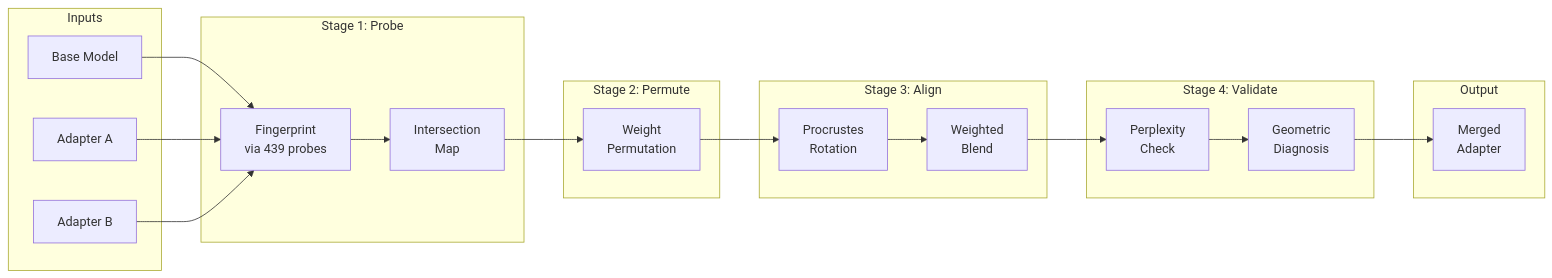
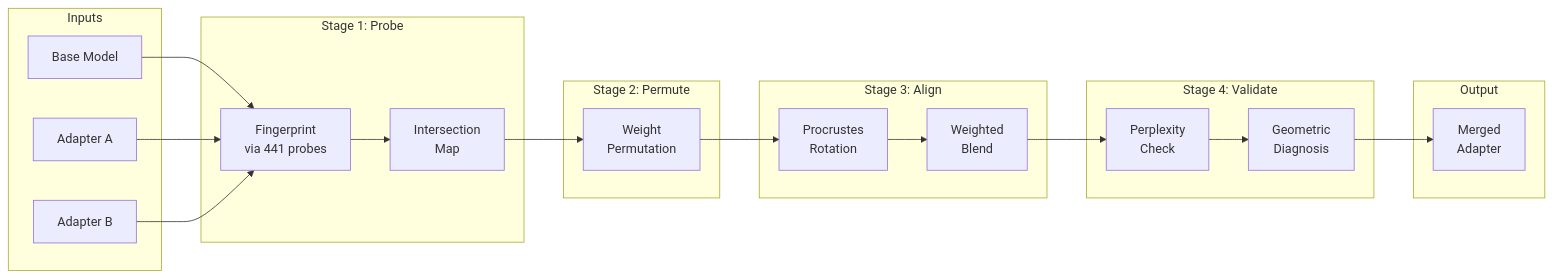
One commit to Ethyros-AI/ModelCypher changed the fourth of 4 diagrams in docs/ARCHITECTURE.md. Above: the diagram before and after it, drawn with Mermaid. The commit also changed other lines of this file and 19 other files, not shown here.

````diff
--- a/docs/ARCHITECTURE.md
+++ b/docs/ARCHITECTURE.md
@@ -209,43 +209,43 @@
 ```mermaid
 flowchart LR
     subgraph INPUT["Inputs"]
         BASE["Base Model"]
         ADP1["Adapter A"]
         ADP2["Adapter B"]
     end
 
     subgraph STAGE1["Stage 1: Probe"]
-        FP["Fingerprint<br/>via 439 probes"]
+        FP["Fingerprint<br/>via 441 probes"]
         IM["Intersection<br/>Map"]
     end
 
     subgraph STAGE2["Stage 2: Permute"]
         PERM["Weight<br/>Permutation"]
     end
 
     subgraph STAGE3["Stage 3: Align"]
         ROT["Procrustes<br/>Rotation"]
         BLEND["Weighted<br/>Blend"]
     end
 
     subgraph STAGE4["Stage 4: Validate"]
         PPL["Perplexity<br/>Check"]
         DIAG["Geometric<br/>Diagnosis"]
     end
 
     subgraph OUTPUT["Output"]
         MERGED["Merged<br/>Adapter"]
     end
 
     BASE --> FP
     ADP1 --> FP
     ADP2 --> FP
 
     FP --> IM
     IM --> PERM
     PERM --> ROT
     ROT --> BLEND
     BLEND --> PPL
     PPL --> DIAG
     DIAG --> MERGED
 ```
````
